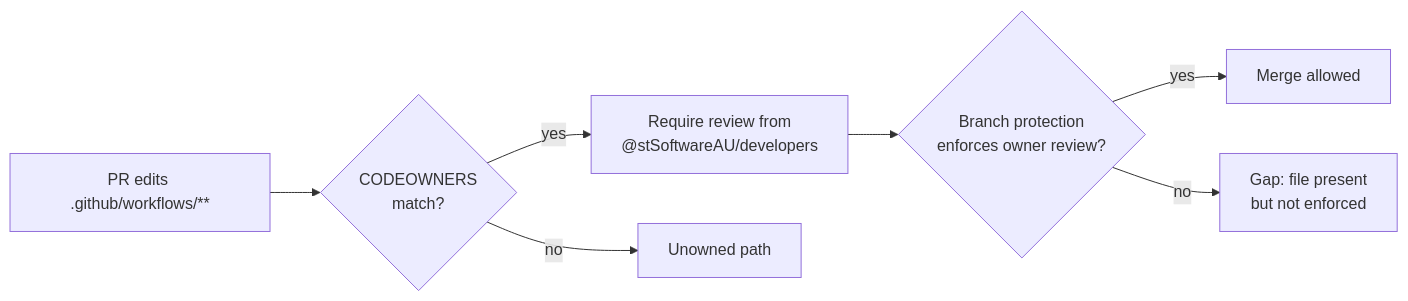
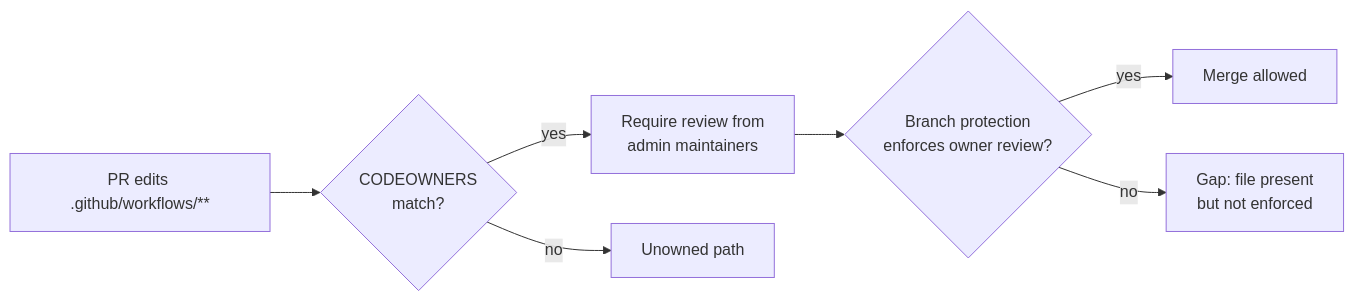
The diagram in docs/archive/pr-summaries/pr-summary-1486.md (stSoftwareAU/NEAT-AI-Discovery), drawn with Mermaid before and after one commit. The commit also changed other lines of this file and 2 other files, not shown here.

````diff
--- a/docs/archive/pr-summaries/pr-summary-1486.md
+++ b/docs/archive/pr-summaries/pr-summary-1486.md
@@ -53,9 +63,9 @@
 ```mermaid
 flowchart LR
     PR[PR edits .github/workflows/**] --> CO{CODEOWNERS<br/>match?}
-    CO -- yes --> REV[Require review from<br/>@stSoftwareAU/developers]
+    CO -- yes --> REV[Require review from<br/>admin maintainers]
     REV --> BP{Branch protection<br/>enforces owner review?}
     BP -- yes --> MERGE[Merge allowed]
     BP -- no --> GAP[Gap: file present<br/>but not enforced]
     CO -- no --> UNOWNED[Unowned path]
 ```
````
